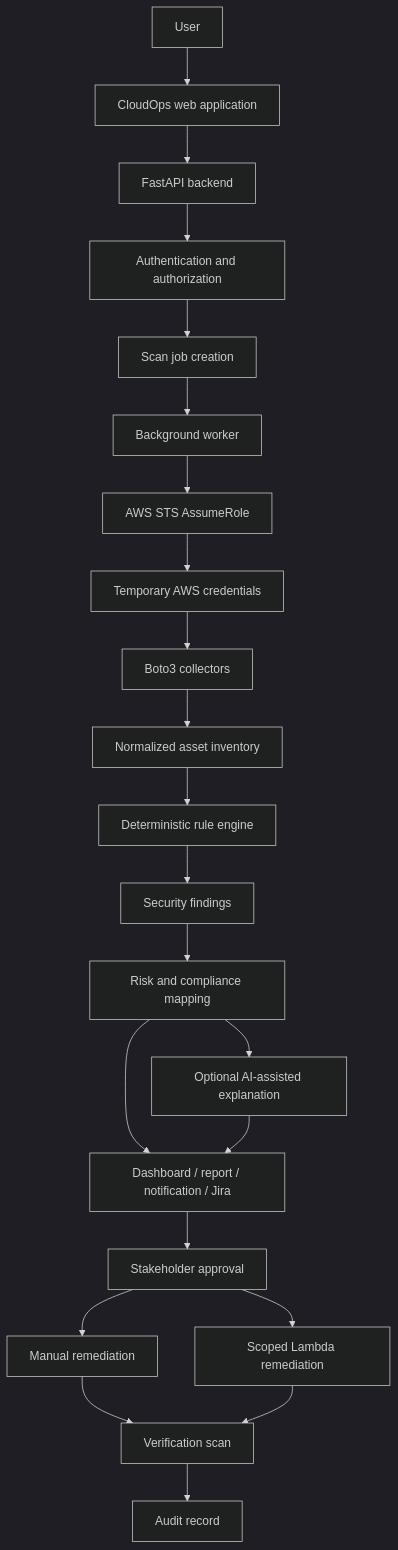
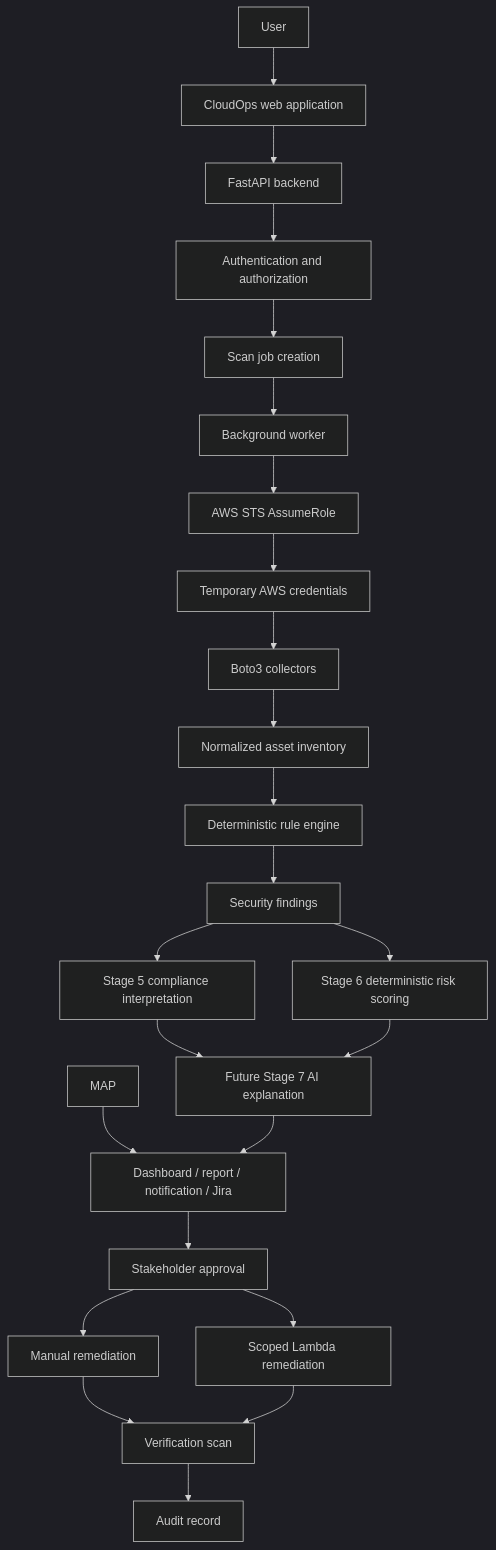
Before and after one commit to cloudops-project/CloudOps: the diagram in docs/architecture/data-flow.md, drawn with Mermaid (dark theme). The commit also changed other lines of this file and 16 other files, not shown here.

````diff
--- a/docs/architecture/data-flow.md
+++ b/docs/architecture/data-flow.md
@@ -7,24 +7,26 @@
 ```mermaid
 flowchart TD
   U[User] --> WEB[CloudOps web application]
   WEB --> API[FastAPI backend]
   API --> AUTH[Authentication and authorization]
   AUTH --> JOB[Scan job creation]
   JOB --> WORKER[Background worker]
   WORKER --> STS[AWS STS AssumeRole]
   STS --> TEMP[Temporary AWS credentials]
   TEMP --> COL[Boto3 collectors]
   COL --> INV[Normalized asset inventory]
   INV --> RULES[Deterministic rule engine]
   RULES --> FIND[Security findings]
-  FIND --> MAP[Risk and compliance mapping]
-  MAP --> AIX[Optional AI-assisted explanation]
+  FIND --> COMP[Stage 5 compliance interpretation]
+  FIND --> RISK[Stage 6 deterministic risk scoring]
+  COMP --> AIX[Future Stage 7 AI explanation]
+  RISK --> AIX
   MAP --> OUT[Dashboard / report / notification / Jira]
   AIX --> OUT
   OUT --> APPROVE[Stakeholder approval]
   APPROVE --> MAN[Manual remediation]
   APPROVE --> LAM[Scoped Lambda remediation]
   MAN --> VERIFY[Verification scan]
   LAM --> VERIFY
   VERIFY --> AUDIT[Audit record]
 ```
````
